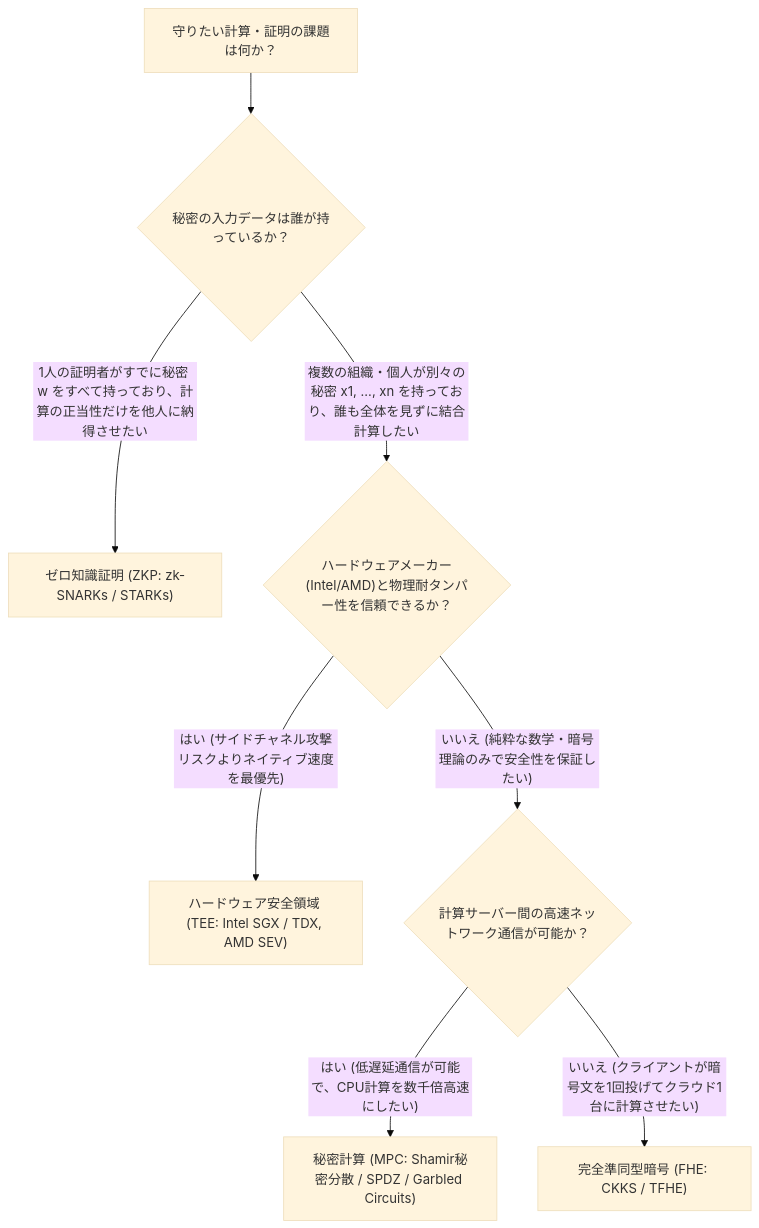
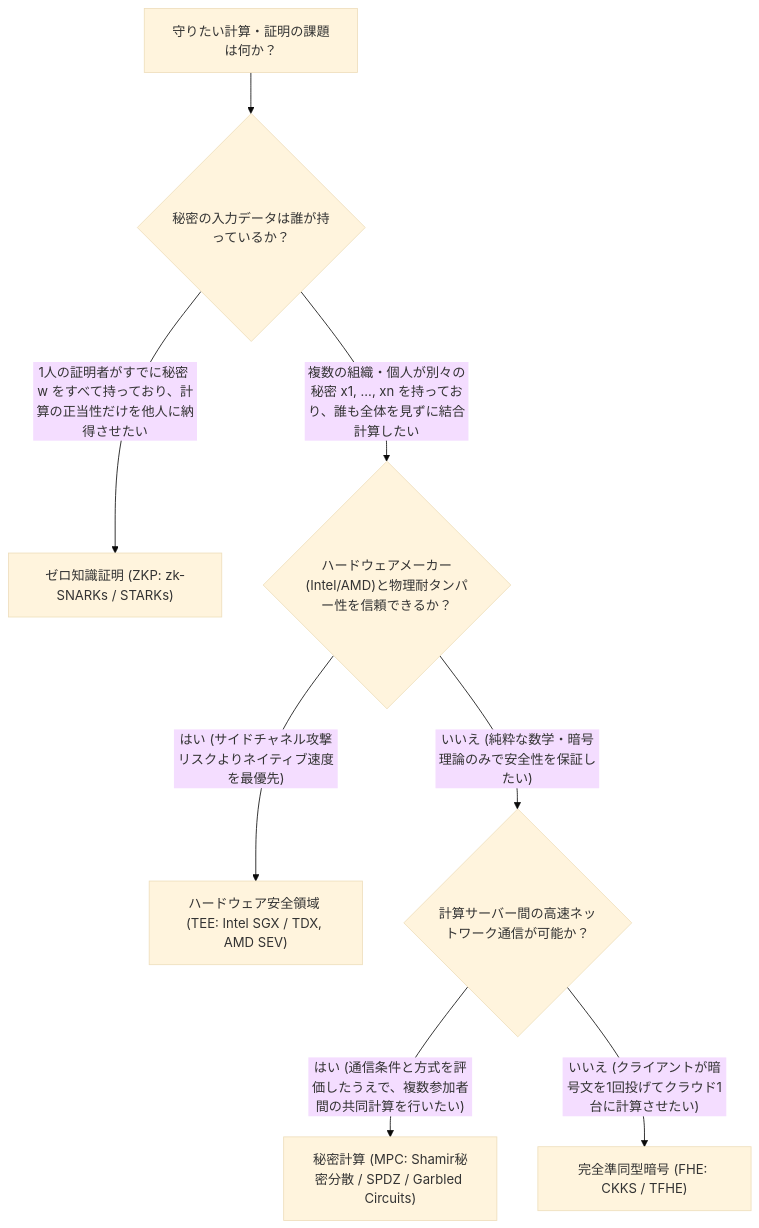
One commit to kenjinote/blog changed the third of 3 diagrams in content/post/secure-multi-party-computation-mpc-yaos-millionaires-shamir-secret-sharing-garbled-circuits/index.ja.md. Above: the diagram before and after it, drawn with Mermaid (base theme). The commit also changed other lines of this file and 20 other files, not shown here.

````diff
--- a/content/post/secure-multi-party-computation-mpc-yaos-millionaires-shamir-secret-sharing-garbled-circuits/index.ja.md
+++ b/content/post/secure-multi-party-computation-mpc-yaos-millionaires-shamir-secret-sharing-garbled-circuits/index.ja.md
@@ -586,10 +598,10 @@
 ```mermaid
 flowchart TD
     Start["守りたい計算・証明の課題は何か？"] --> Q1{"秘密の入力データは誰が持っているか？"}
     Q1 -->|"1人の証明者がすでに秘密 w をすべて持っており、計算の正当性だけを他人に納得させたい"| ZKP["ゼロ知識証明 (ZKP: zk-SNARKs / STARKs)"]
     Q1 -->|"複数の組織・個人が別々の秘密 x1, ..., xn を持っており、誰も全体を見ずに結合計算したい"| Q2{"ハードウェアメーカー(Intel/AMD)と物理耐タンパー性を信頼できるか？"}
     Q2 -->|"はい (サイドチャネル攻撃リスクよりネイティブ速度を最優先)"| TEE["ハードウェア安全領域 (TEE: Intel SGX / TDX, AMD SEV)"]
     Q2 -->|"いいえ (純粋な数学・暗号理論のみで安全性を保証したい)"| Q3{"計算サーバー間の高速ネットワーク通信が可能か？"}
-    Q3 -->|"はい (低遅延通信が可能で、CPU計算を数千倍高速にしたい)"| MPC["秘密計算 (MPC: Shamir秘密分散 / SPDZ / Garbled Circuits)"]
+    Q3 -->|"はい (通信条件と方式を評価したうえで、複数参加者間の共同計算を行いたい)"| MPC["秘密計算 (MPC: Shamir秘密分散 / SPDZ / Garbled Circuits)"]
     Q3 -->|"いいえ (クライアントが暗号文を1回投げてクラウド1台に計算させたい)"| FHE["完全準同型暗号 (FHE: CKKS / TFHE)"]
 ```
````
